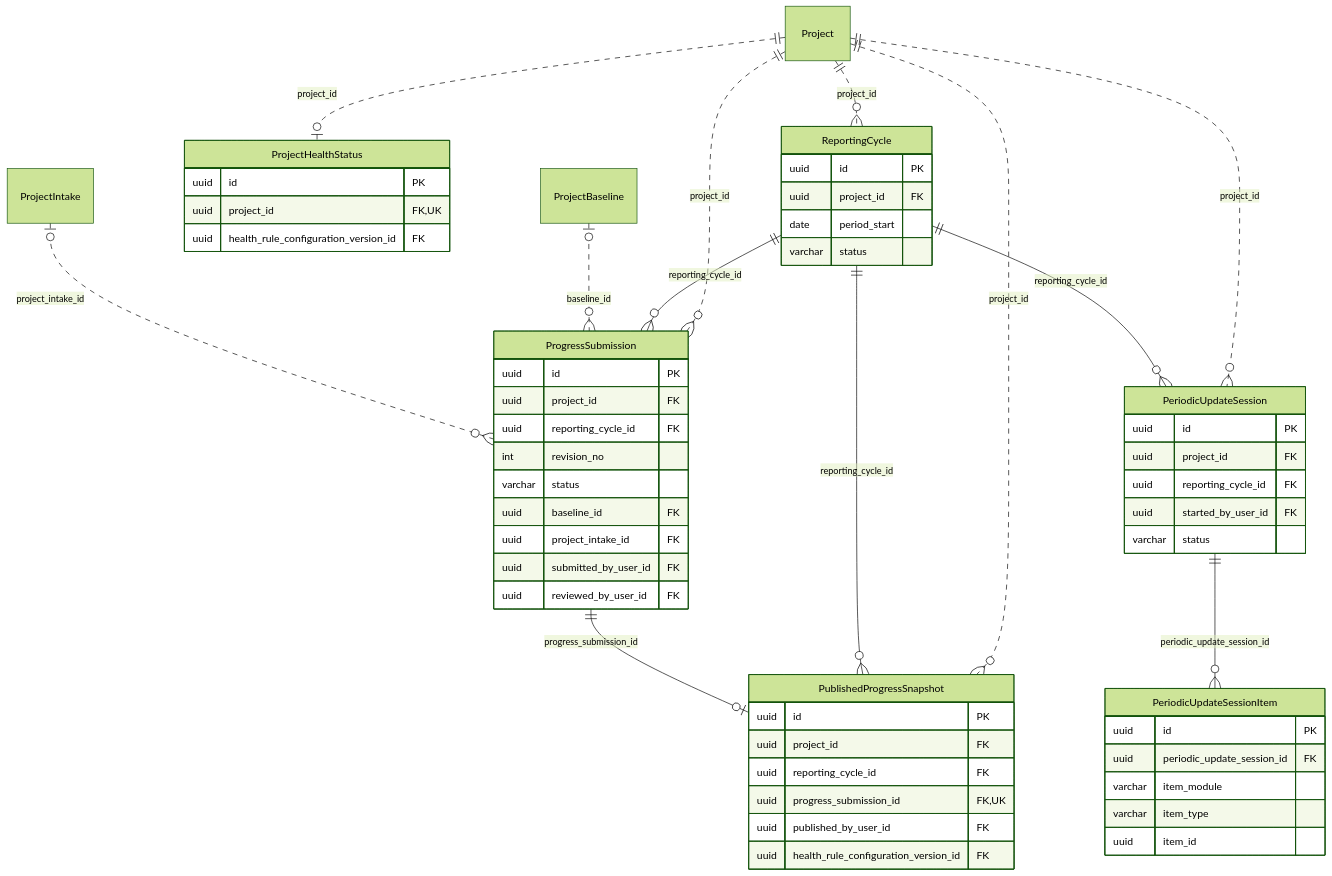
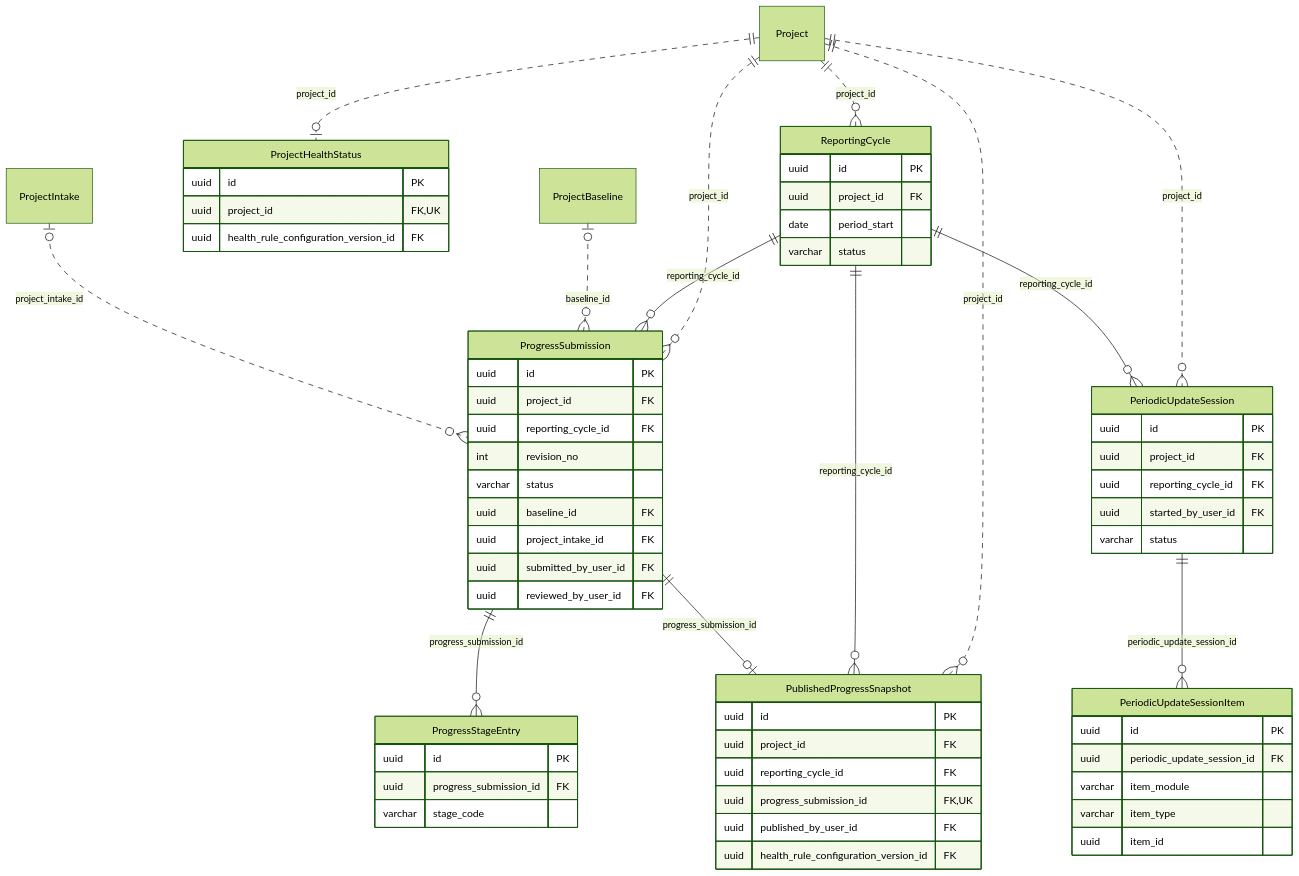
One commit to baderalhindi/ImplementW changed the fifth of 22 diagrams in docs/architecture/erd.md. Above: the diagram before and after it, drawn with Mermaid (forest theme). The commit also changed other lines of this file and 56 other files, not shown here.

First line of the commit message:
feat: stage plans and stage-weighted progress (TASK-112, round 7 item 1, backend)

````diff
--- a/docs/architecture/erd.md
+++ b/docs/architecture/erd.md
@@ -516,59 +523,65 @@
 ```mermaid
 erDiagram
     ReportingCycle {
         uuid id PK
         uuid project_id FK
         date period_start
         varchar status
+    }
+    ProgressStageEntry {
+        uuid id PK
+        uuid progress_submission_id FK
+        varchar stage_code
     }
     ProgressSubmission {
         uuid id PK
         uuid project_id FK
         uuid reporting_cycle_id FK
         int revision_no
         varchar status
         uuid baseline_id FK
         uuid project_intake_id FK
         uuid submitted_by_user_id FK
         uuid reviewed_by_user_id FK
     }
     PublishedProgressSnapshot {
         uuid id PK
         uuid project_id FK
         uuid reporting_cycle_id FK
         uuid progress_submission_id FK, UK
         uuid published_by_user_id FK
         uuid health_rule_configuration_version_id FK
     }
     ProjectHealthStatus {
         uuid id PK
         uuid project_id FK, UK
         uuid health_rule_configuration_version_id FK
     }
     PeriodicUpdateSession {
         uuid id PK
         uuid project_id FK
         uuid reporting_cycle_id FK
         uuid started_by_user_id FK
         varchar status
     }
     PeriodicUpdateSessionItem {
         uuid id PK
         uuid periodic_update_session_id FK
         varchar item_module
         varchar item_type
         uuid item_id
     }
     Project ||..o{ ReportingCycle : "project_id"
     Project ||..o{ ProgressSubmission : "project_id"
     ReportingCycle ||--o{ ProgressSubmission : "reporting_cycle_id"
+    ProgressSubmission ||--o{ ProgressStageEntry : "progress_submission_id"
     ProjectBaseline |o..o{ ProgressSubmission : "baseline_id"
     ProjectIntake |o..o{ ProgressSubmission : "project_intake_id"
     Project ||..o{ PublishedProgressSnapshot : "project_id"
     ReportingCycle ||--o{ PublishedProgressSnapshot : "reporting_cycle_id"
     ProgressSubmission ||--o| PublishedProgressSnapshot : "progress_submission_id"
     Project ||..o| ProjectHealthStatus : "project_id"
     Project ||..o{ PeriodicUpdateSession : "project_id"
     ReportingCycle ||--o{ PeriodicUpdateSession : "reporting_cycle_id"
     PeriodicUpdateSession ||--o{ PeriodicUpdateSessionItem : "periodic_update_session_id"
 ```
````
